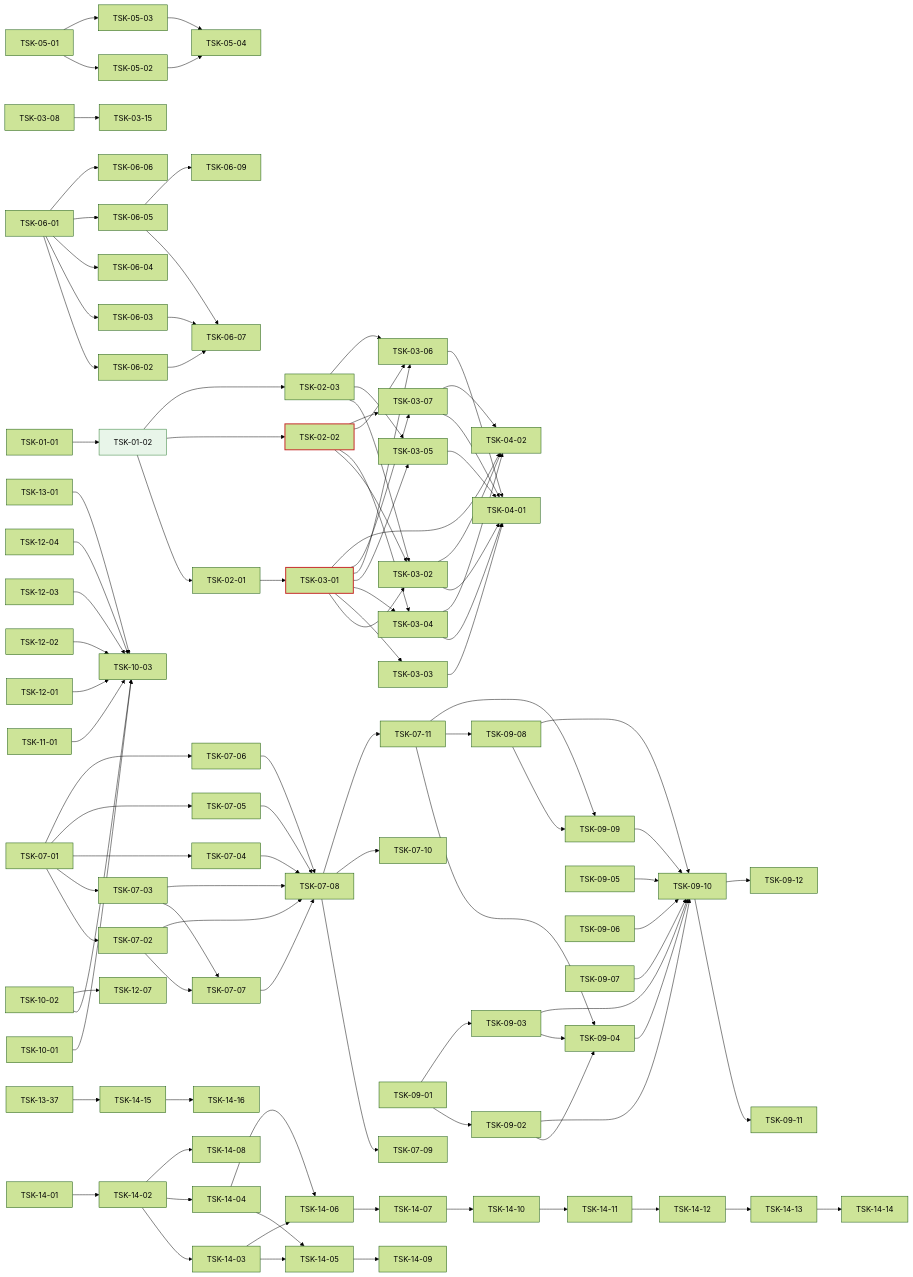
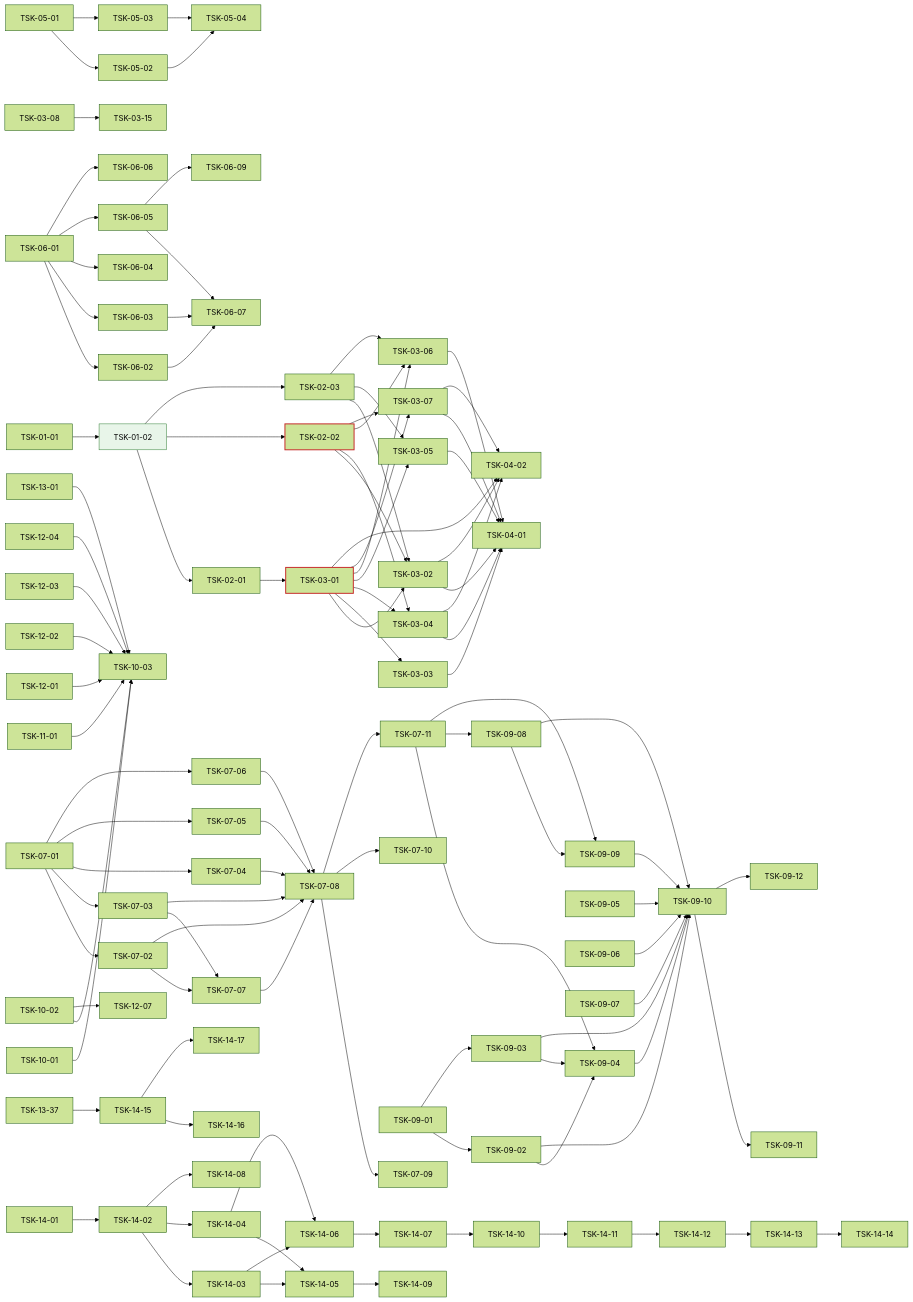
The diagram in docs/oranda1/wbs.md (jongik-sv/oranda), drawn with Mermaid (forest theme) before and after one commit. The commit also changed other lines of this file and 32 other files, not shown here.

```diff
--- a/docs/oranda1/wbs.md
+++ b/docs/oranda1/wbs.md
@@ -1250,6 +1262,7 @@
 
   TSK-13-37 --> TSK-14-15
   TSK-14-15 --> TSK-14-16
+  TSK-14-15 --> TSK-14-17
   style TSK-01-02 fill:#e8f5e9,stroke:#2e7d32
   style TSK-03-01 stroke:#c62828,stroke-width:2px
   style TSK-02-02 stroke:#c62828,stroke-width:2px
```
